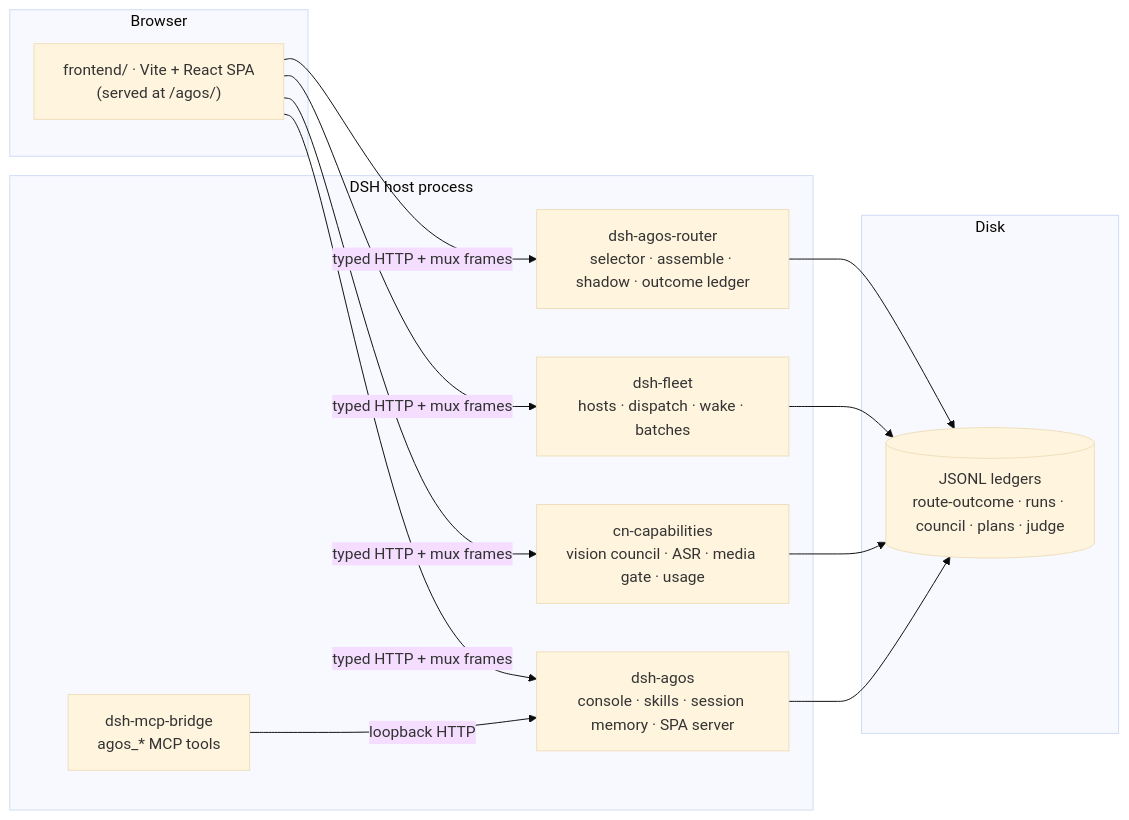
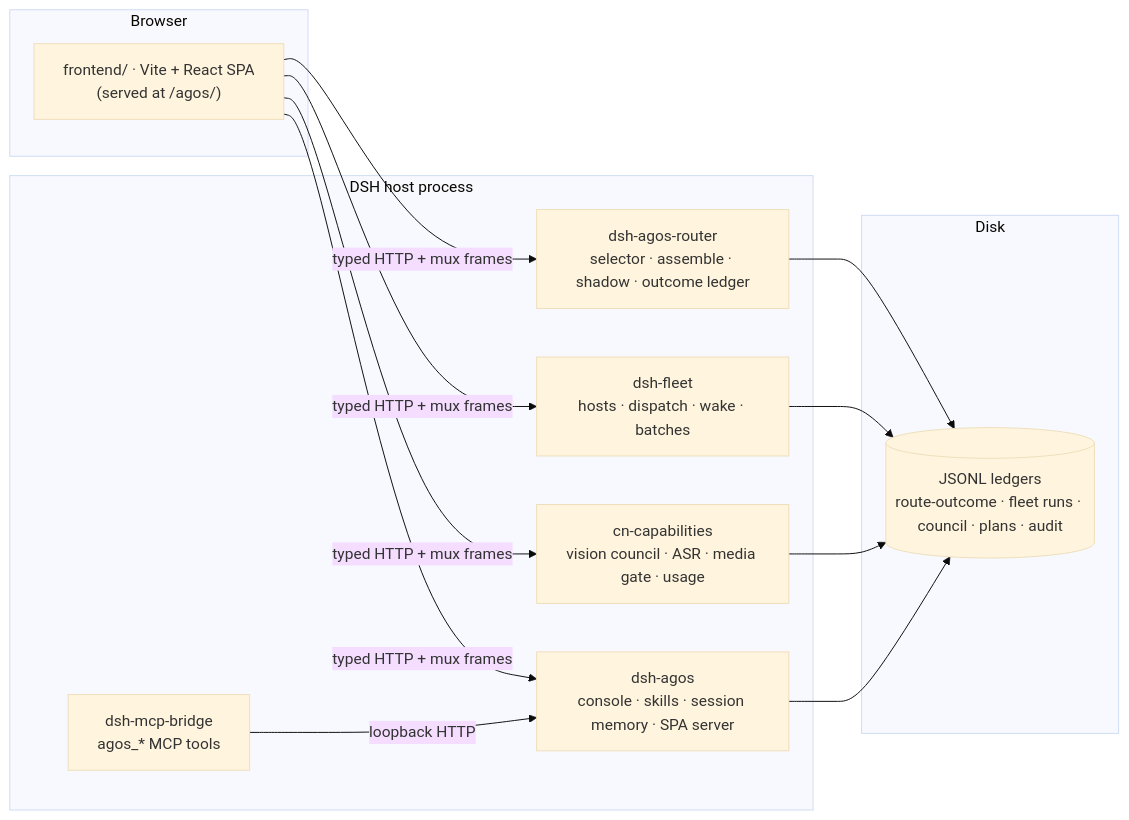
The diagram in README.md (LeoLin990405/agos), drawn with Mermaid (base theme) before and after one commit. The commit also changed other lines of this file and 1 other file, not shown here.

````diff
--- a/README.md
+++ b/README.md
@@ -65,22 +87,22 @@
 ```mermaid
 flowchart LR
   subgraph Browser
     SPA["frontend/ · Vite + React SPA<br/>(served at /agos/)"]
   end
   subgraph DSH host process
     AGOS["dsh-agos<br/>console · skills · session memory · SPA server"]
     ROUTER["dsh-agos-router<br/>selector · assemble · shadow · outcome ledger"]
     CN["cn-capabilities<br/>vision council · ASR · media gate · usage"]
     FLEET["dsh-fleet<br/>hosts · dispatch · wake · batches"]
     MCP["dsh-mcp-bridge<br/>agos_* MCP tools"]
   end
   subgraph Disk
-    LEDGERS[("JSONL ledgers<br/>route-outcome · runs · council · plans · judge")]
+    LEDGERS[("JSONL ledgers<br/>route-outcome · fleet runs · council · plans · audit")]
   end
   SPA -->|typed HTTP + mux frames| AGOS & ROUTER & CN & FLEET
   ROUTER --> LEDGERS
   FLEET --> LEDGERS
   CN --> LEDGERS
   AGOS --> LEDGERS
   MCP -->|loopback HTTP| AGOS
 ```
````
